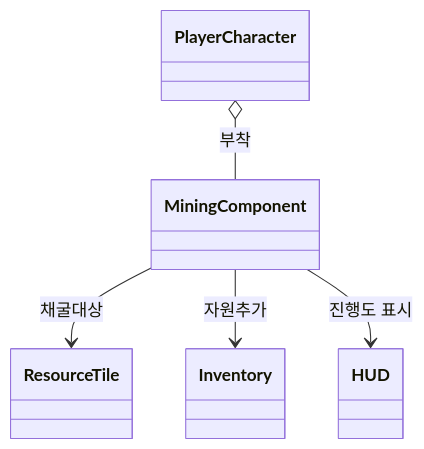
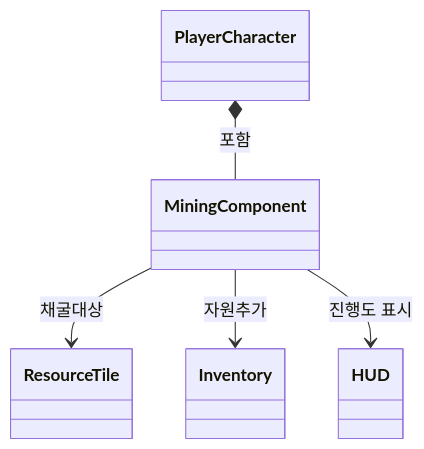
One commit to WJMcode/MBFactorio changed the first of 3 diagrams in README.md. Above: the diagram before and after it, drawn with Mermaid.

````diff
--- a/README.md
+++ b/README.md
@@ -2,14 +2,15 @@
 ```mermaid
 classDiagram
     class PlayerCharacter
     class MiningComponent
     class ResourceTile
     class Inventory
     class HUD
 
-    PlayerCharacter o-- MiningComponent : 부착
+    PlayerCharacter *-- MiningComponent : 포함
     MiningComponent --> ResourceTile : 채굴대상
     MiningComponent --> Inventory : 자원추가
     MiningComponent --> HUD : 진행도 표시
 
+
 ```
````
